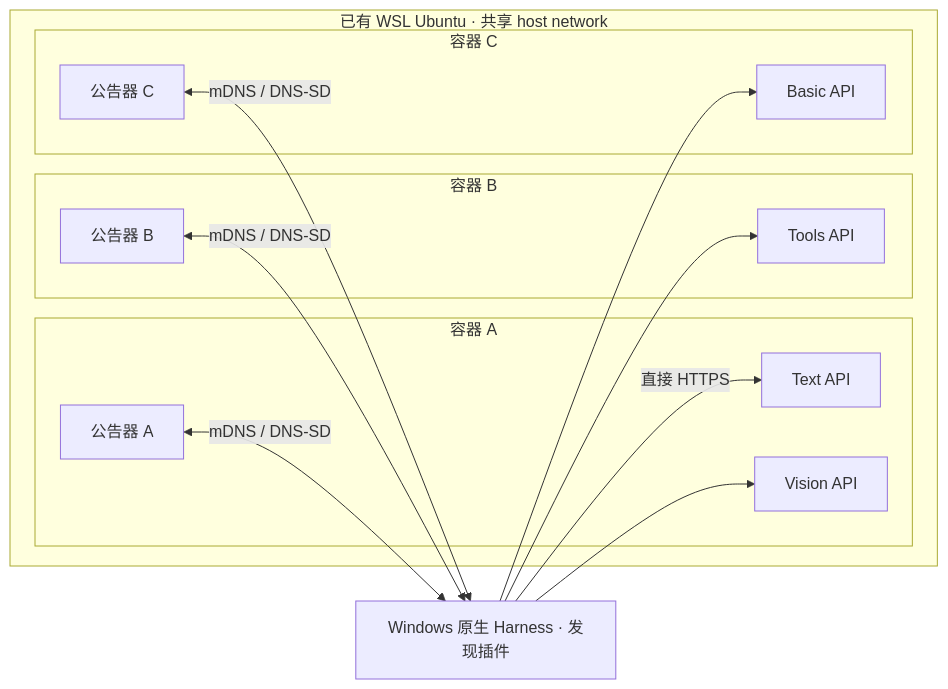
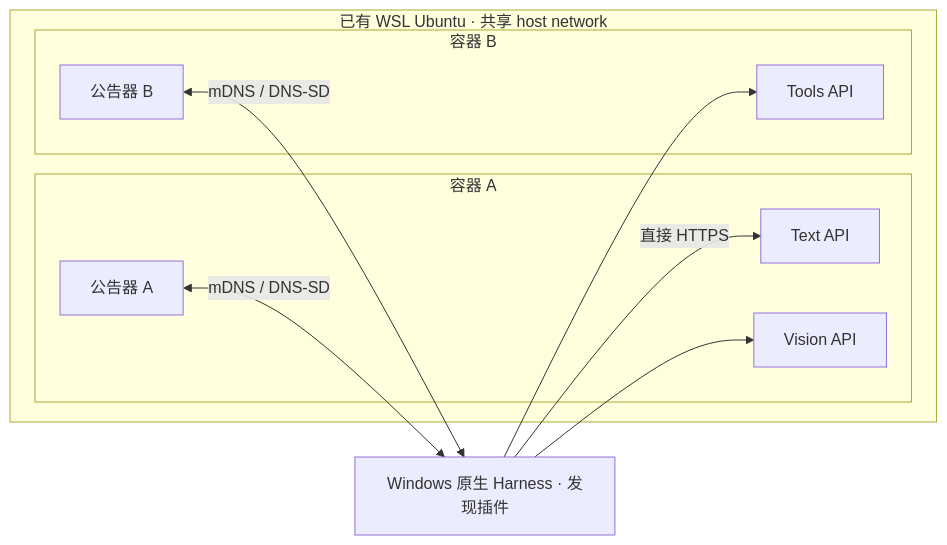
The diagram in IMPLEMENTATION_PLAN.md (nobrowning/llm-service-discovery-demo), drawn with Mermaid before and after one commit. The commit also changed other lines of this file and 24 other files, not shown here.

````diff
--- a/IMPLEMENTATION_PLAN.md
+++ b/IMPLEMENTATION_PLAN.md
@@ -19,26 +19,20 @@
 ```mermaid
 flowchart LR
   H[Windows 原生 Harness · 发现插件]
   subgraph WSL[已有 WSL Ubuntu · 共享 host network]
     subgraph A[容器 A]
       AA[公告器 A]
       AT[Text API]
       AV[Vision API]
     end
     subgraph B[容器 B]
       BA[公告器 B]
       BT[Tools API]
     end
-    subgraph C[容器 C]
-      CA[公告器 C]
-      CT[Basic API]
-    end
   end
   AA <-->|mDNS / DNS-SD| H
   BA <-->|mDNS / DNS-SD| H
-  CA <-->|mDNS / DNS-SD| H
   H -->|直接 HTTPS| AT
   H --> AV
   H --> BT
-  H --> CT
 ```
````
